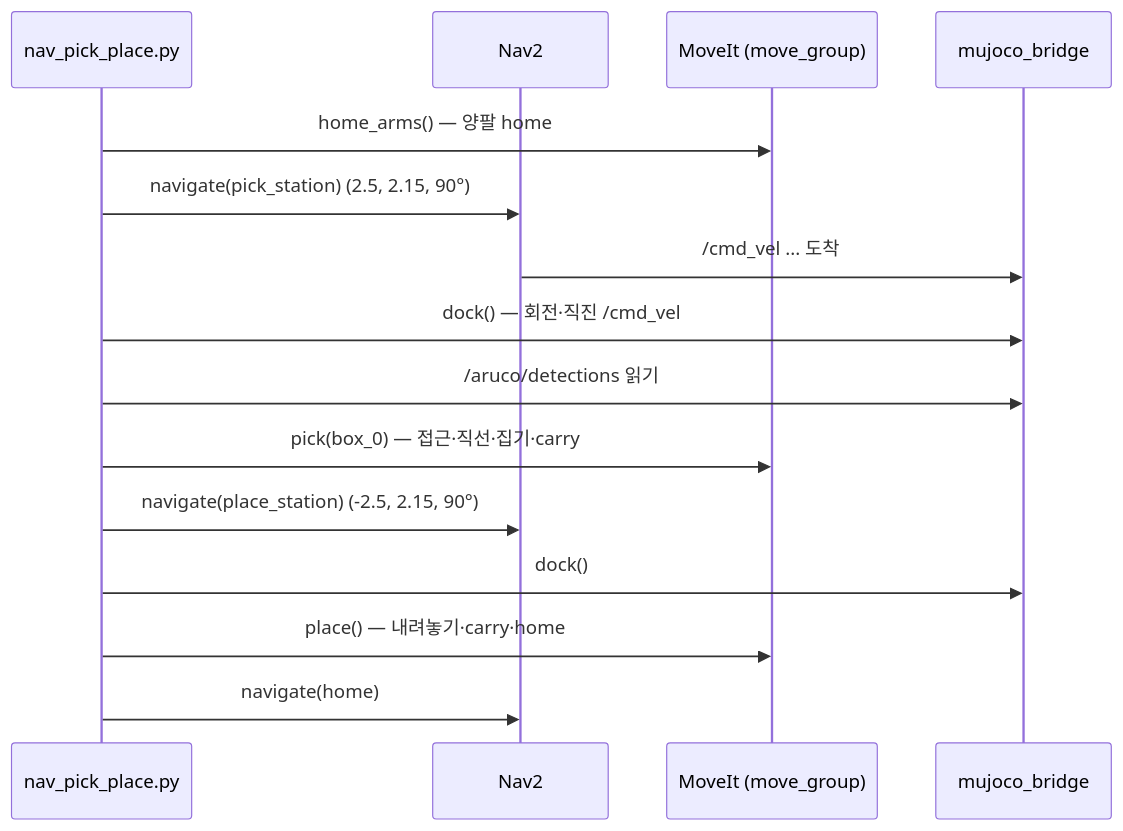
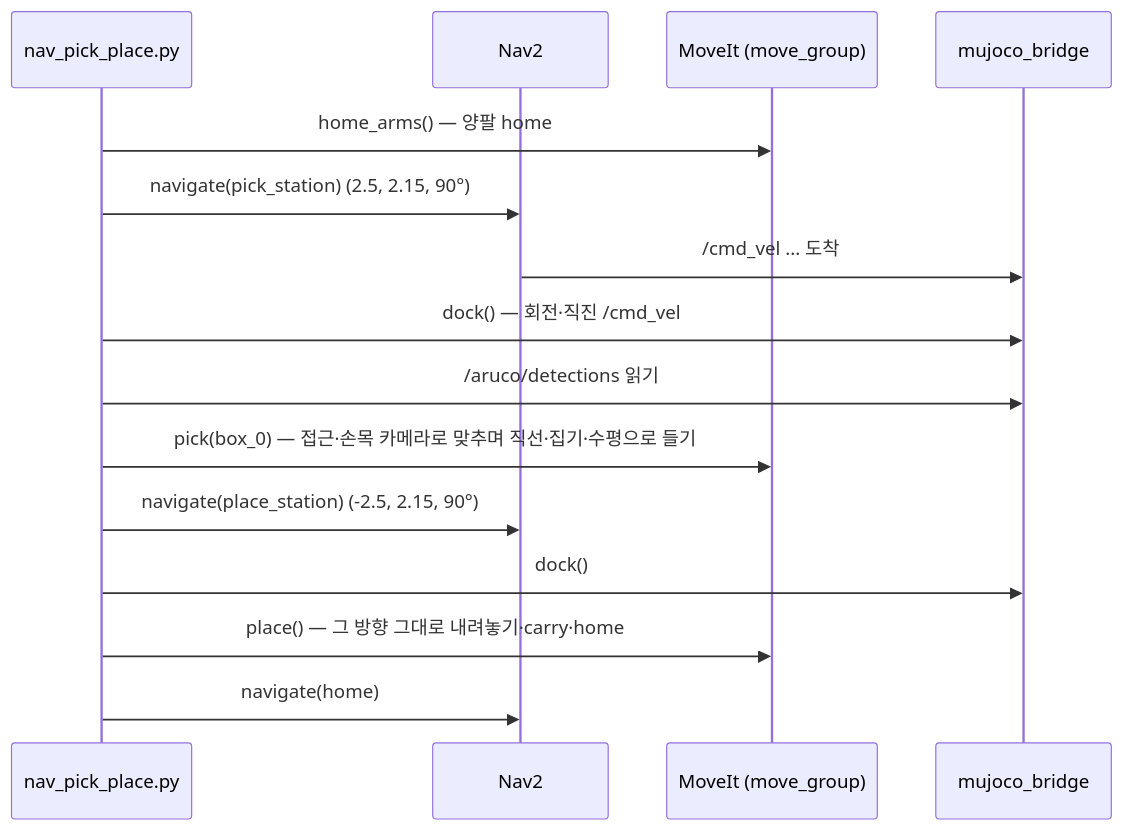
One commit to aha645/openarms_llm_ex changed the diagram in doc/wheel/day2-03-nav-pick-place.md. Above: the diagram before and after it, drawn with Mermaid. The commit also changed other lines of this file and 24 other files, not shown here.

Commit message:
바퀴형 손목 카메라와 추적하며 잡기: 카메라 서버를 공통 패키지로(TRON1 과 같은 코드), 바퀴형 모델에 손목 카메라·브래킷, 쥔 손 방향 그대로 들고 내려놓기(상자 수평), 들고 있는 동안 Nav2 외곽 늘림

````diff
--- a/doc/wheel/day2-03-nav-pick-place.md
+++ b/doc/wheel/day2-03-nav-pick-place.md
@@ -45,17 +45,17 @@
 ```mermaid
 sequenceDiagram
   participant P as nav_pick_place.py
   participant N as Nav2
   participant M as MoveIt (move_group)
   participant B as mujoco_bridge
   P->>M: home_arms() — 양팔 home
   P->>N: navigate(pick_station) (2.5, 2.15, 90°)
   N->>B: /cmd_vel ... 도착
   P->>B: dock() — 회전·직진 /cmd_vel
   P->>B: /aruco/detections 읽기
-  P->>M: pick(box_0) — 접근·직선·집기·carry
+  P->>M: pick(box_0) — 접근·손목 카메라로 맞추며 직선·집기·수평으로 들기
   P->>N: navigate(place_station) (-2.5, 2.15, 90°)
   P->>B: dock()
-  P->>M: place() — 내려놓기·carry·home
+  P->>M: place() — 그 방향 그대로 내려놓기·carry·home
   P->>N: navigate(home)
 ```
````
